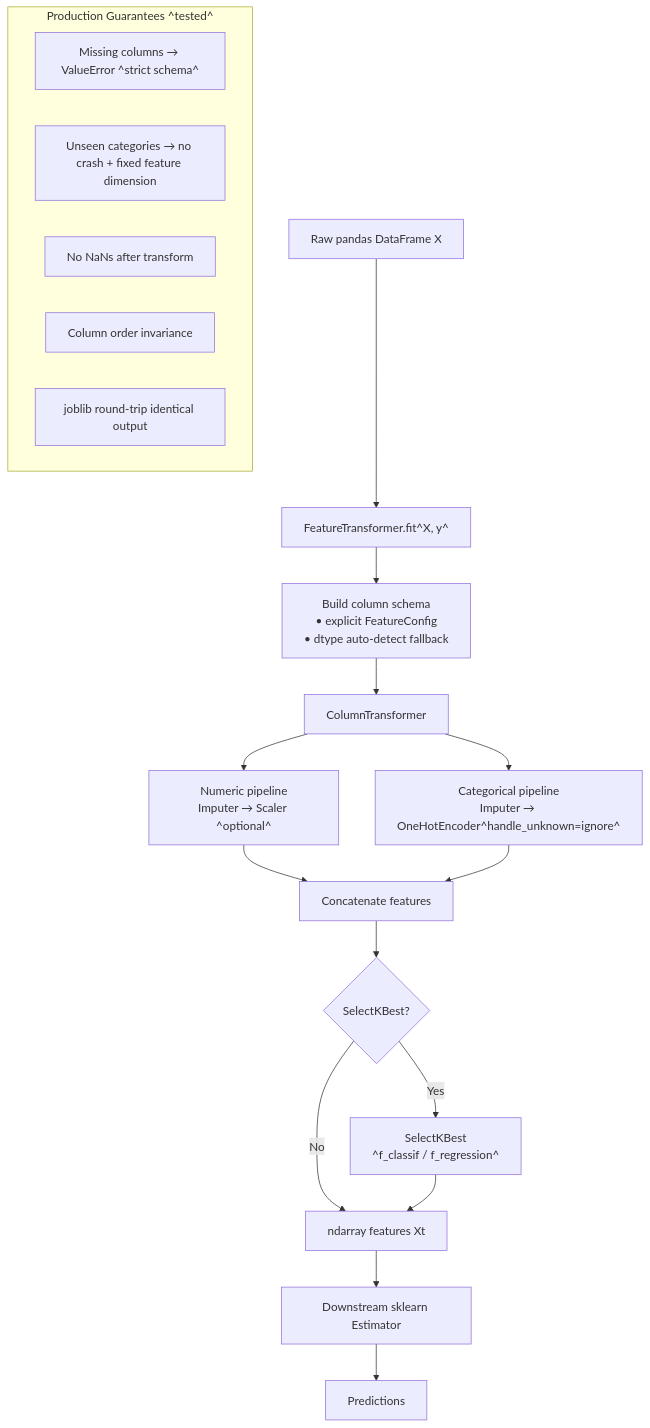
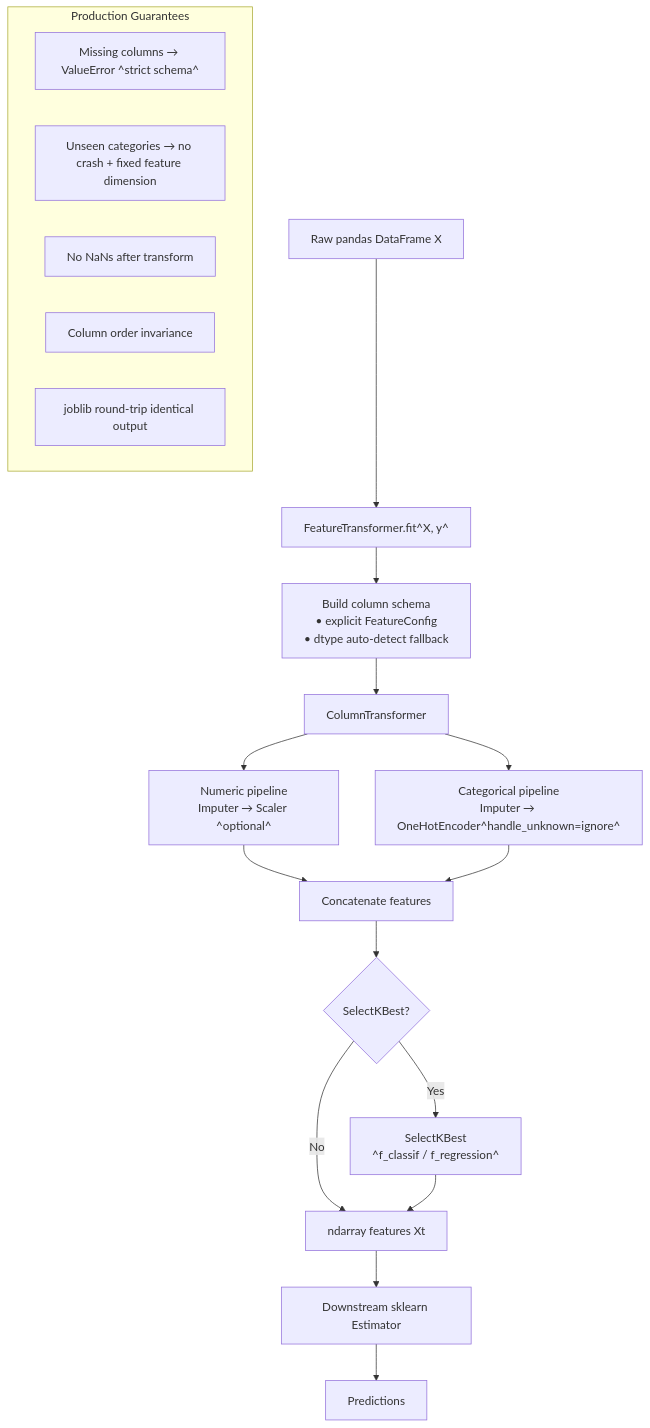
The diagram in README.md (zahmedy/Feature-Transformer), drawn with Mermaid before and after one commit.

Commit message:
fix subgraph title

````diff
--- a/README.md
+++ b/README.md
@@ -179,24 +179,24 @@
 ```mermaid
 flowchart TD
   A[Raw pandas DataFrame X] --> B[FeatureTransformer.fit^X, y^]
   B --> C[Build column schema<br/>• explicit FeatureConfig<br/>• dtype auto-detect fallback]
   C --> D[ColumnTransformer]
   D --> N[Numeric pipeline<br/>Imputer → Scaler ^optional^]
   D --> K[Categorical pipeline<br/>Imputer → OneHotEncoder^handle_unknown=ignore^]
   N --> E[Concatenate features]
   K --> E
   E --> F{SelectKBest?}
   F -- No --> G[ndarray features Xt]
   F -- Yes --> H[SelectKBest<br/>^f_classif / f_regression^]
   H --> G
   G --> I[Downstream sklearn Estimator]
   I --> J[Predictions]
 
-  subgraph Production Guarantees ^tested^
+  subgraph Production Guarantees
     P1[Missing columns → ValueError ^strict schema^]
     P2[Unseen categories → no crash + fixed feature dimension]
     P3[No NaNs after transform]
     P4[Column order invariance]
     P5[joblib round-trip identical output]
   end
   ```
````
